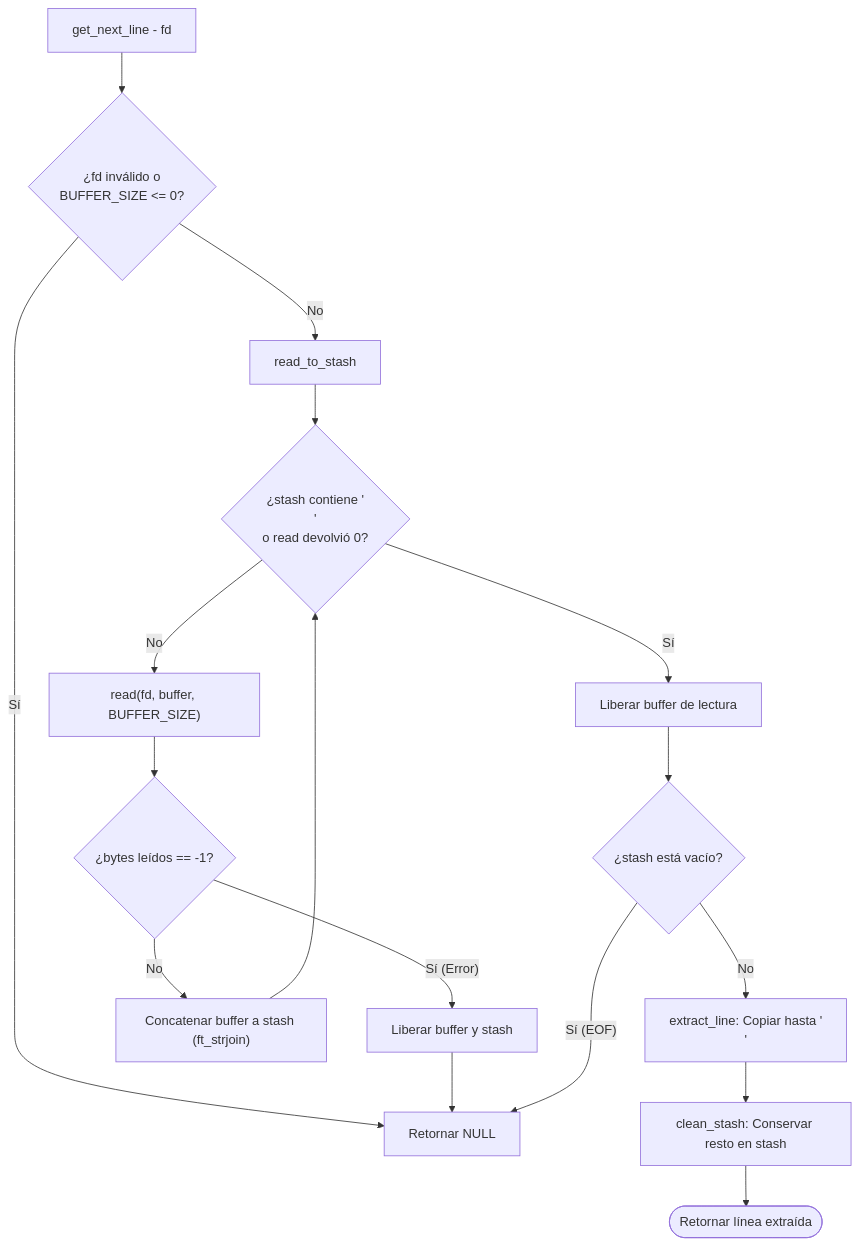
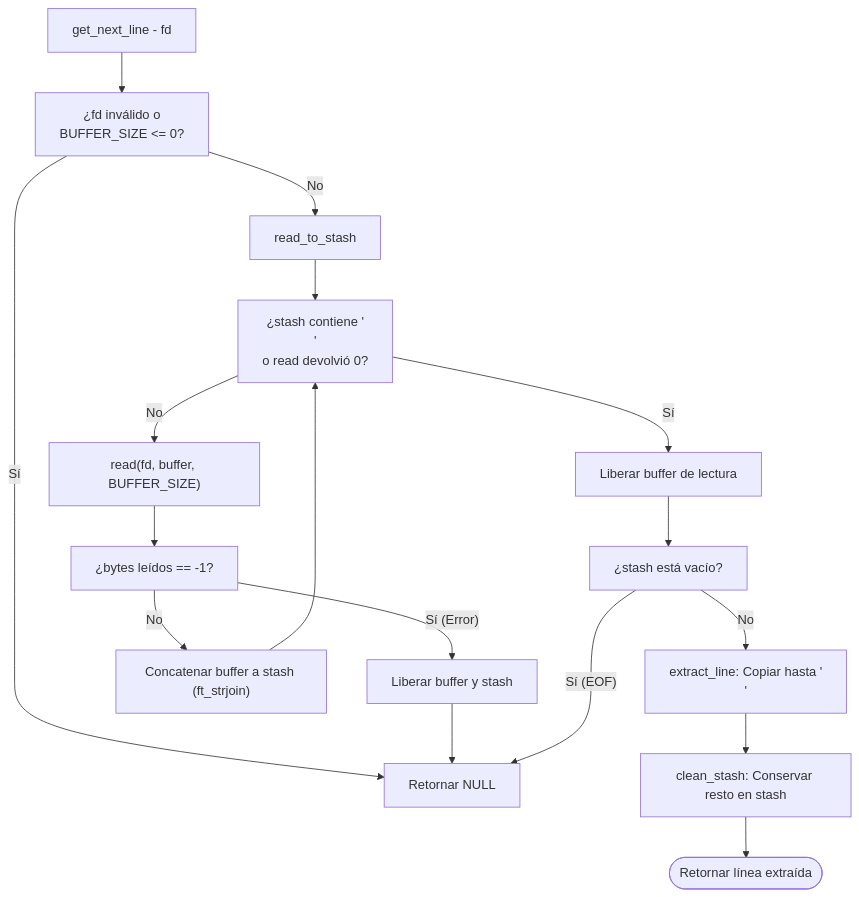
Before and after one commit to JQM-22/42: the diagram in cursus/milestone_1/2_get_next_line/README.md, drawn with Mermaid. The commit also changed 2 other files, not shown here.

Commit message:
get_next_line_readme

````diff
--- a/cursus/milestone_1/2_get_next_line/README.md
+++ b/cursus/milestone_1/2_get_next_line/README.md
@@ -287,20 +287,20 @@
 ```mermaid
 graph TD
-    A[get_next_line - fd] --> B{¿fd inválido o <br> BUFFER_SIZE <= 0?}
+    A[get_next_line - fd] --> B[¿fd inválido o <br> BUFFER_SIZE <= 0?]
     B -- Sí --> C[Retornar NULL]
     B -- No --> D[read_to_stash]
     
-    D --> E{¿stash contiene '\n' <br> o read devolvió 0?}
+    D --> E[¿stash contiene '\n' <br> o read devolvió 0?]
     E -- No --> F["read(fd, buffer, BUFFER_SIZE)"]
-    F --> G{¿bytes leídos == -1?}
+    F --> G[¿bytes leídos == -1?]
     G -- Sí (Error) --> H[Liberar buffer y stash] --> C
     G -- No --> I["Concatenar buffer a stash (ft_strjoin)"] --> E
 
     E -- Sí --> J[Liberar buffer de lectura]
-    J --> K{¿stash está vacío?}
+    J --> K[¿stash está vacío?]
     K -- Sí (EOF) --> C
     K -- No --> L[extract_line: Copiar hasta '\n']
     L --> M[clean_stash: Conservar resto en stash]
     M --> N([Retornar línea extraída])
 
 ```
````
